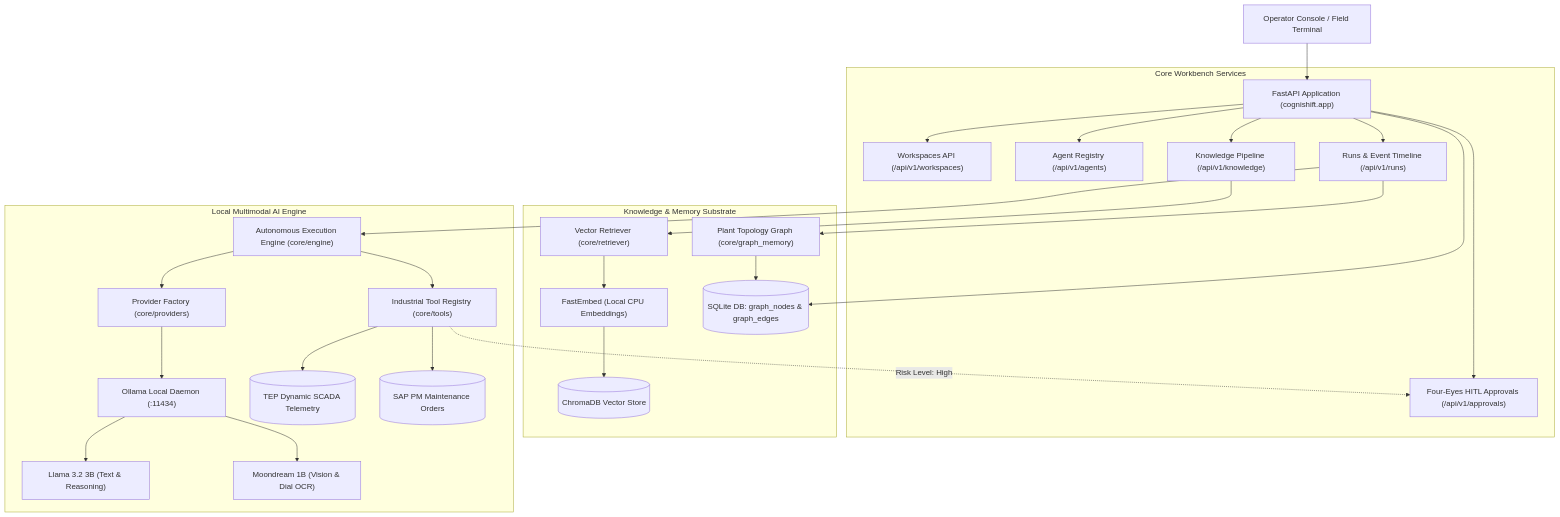
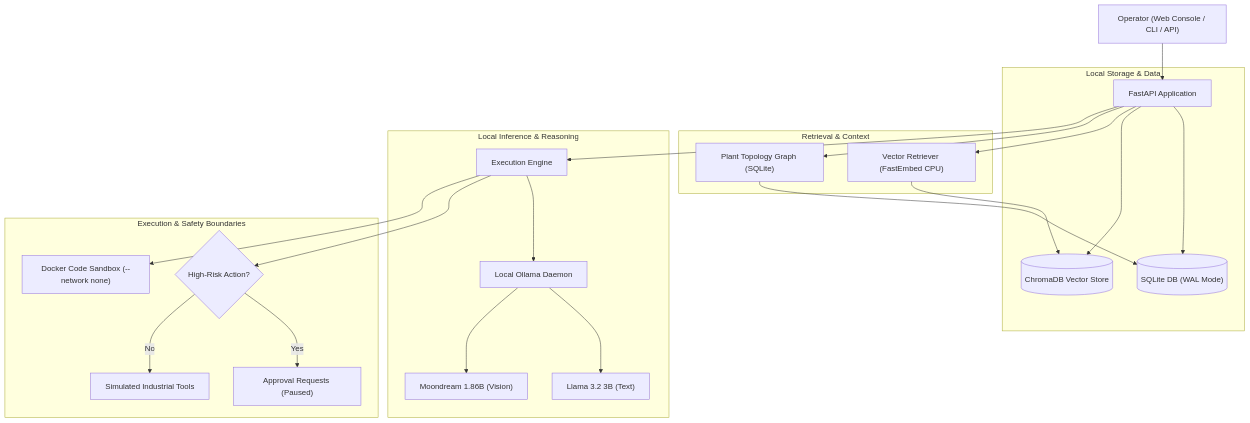
One commit to ard12/CogniShift changed the diagram in README.md. Above: the diagram before and after it, drawn with Mermaid. The commit also changed other lines of this file and 8 other files, not shown here.

````diff
--- a/README.md
+++ b/README.md
@@ -36,33 +37,30 @@
 ```mermaid
 graph TD
-    UI["Operator Console / Field Terminal"] --> API["FastAPI Application (cognishift.app)"]
+    Operator["Operator (Web Console / CLI / API)"] --> API["FastAPI Application"]
 
-    subgraph "Core Workbench Services"
-        API --> WORKSPACES["Workspaces API (/api/v1/workspaces)"]
-        API --> AGENTS["Agent Registry (/api/v1/agents)"]
-        API --> KNOWLEDGE["Knowledge Pipeline (/api/v1/knowledge)"]
-        API --> APPROVALS["Four-Eyes HITL Approvals (/api/v1/approvals)"]
-        API --> RUNS["Runs & Event Timeline (/api/v1/runs)"]
+    subgraph "Local Storage & Data"
+        API --> DB[("SQLite DB (WAL Mode)")]
+        API --> Chroma[("ChromaDB Vector Store")]
     end
 
-    subgraph "Knowledge & Memory Substrate"
-        KNOWLEDGE --> RAG["Vector Retriever (core/retriever)"]
-        RAG --> FASTEMBED["FastEmbed (Local CPU Embeddings)"]
-        FASTEMBED --> CHROMA[("ChromaDB Vector Store")]
-        RUNS --> GRAPH["Plant Topology Graph (core/graph_memory)"]
-        GRAPH --> SQLITE[("SQLite DB: graph_nodes & graph_edges")]
-        API --> SQLITE
+    subgraph "Retrieval & Context"
+        API --> Retriever["Vector Retriever (FastEmbed CPU)"]
+        Retriever --> Chroma
+        API --> Graph["Plant Topology Graph (SQLite)"]
+        Graph --> DB
     end
 
-    subgraph "Local Multimodal AI Engine"
-        RUNS --> ENGINE["Autonomous Execution Engine (core/engine)"]
-        ENGINE --> PROVIDERS["Provider Factory (core/providers)"]
-        PROVIDERS --> OLLAMA["Ollama Local Daemon (:11434)"]
-        OLLAMA --> LLAMA["Llama 3.2 3B (Text & Reasoning)"]
-        OLLAMA --> MOONDREAM["Moondream 1B (Vision & Dial OCR)"]
-        ENGINE --> TOOLS["Industrial Tool Registry (core/tools)"]
-        TOOLS --> TEP[("TEP Dynamic SCADA Telemetry")]
-        TOOLS --> SAP[("SAP PM Maintenance Orders")]
-        TOOLS -.->|"Risk Level: High"| APPROVALS
+    subgraph "Local Inference & Reasoning"
+        API --> Engine["Execution Engine"]
+        Engine --> Ollama["Local Ollama Daemon"]
+        Ollama --> LLM["Llama 3.2 3B (Text)"]
+        Ollama --> VLM["Moondream 1.86B (Vision)"]
+    end
+
+    subgraph "Execution & Safety Boundaries"
+        Engine --> HITL{"High-Risk Action?"}
+        HITL -->|"Yes"| ApprovalQueue["Approval Requests (Paused)"]
+        HITL -->|"No"| ToolExec["Simulated Industrial Tools"]
+        Engine --> Sandbox["Docker Code Sandbox (--network none)"]
     end
 ```
````
